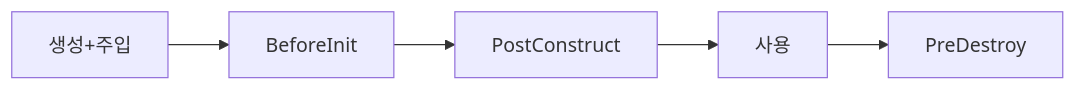
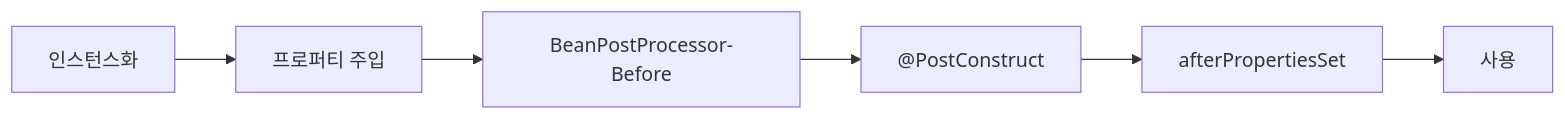
One commit to yjkim2015/yjkim2015.github.io changed the sixth of 8 diagrams in _posts/spring/2026-05-02-spring-core-basic.md. Above: the diagram before and after it, drawn with Mermaid. The commit also changed other lines of this file and 4 other files, not shown here.

````diff
--- a/_posts/spring/2026-05-02-spring-core-basic.md
+++ b/_posts/spring/2026-05-02-spring-core-basic.md
@@ -409,7 +685,8 @@
 ```mermaid
 graph LR
-    A[생성+주입] --> B[BeforeInit]
-    B --> C[PostConstruct]
-    C --> D[사용]
-    D --> E[PreDestroy]
+    A["인스턴스화"] --> B["프로퍼티 주입"]
+    B --> C["BeanPostProcessor-Before"]
+    C --> D["@PostConstruct"]
+    D --> E["afterPropertiesSet"]
+    E --> F["사용"]
 ```
````
